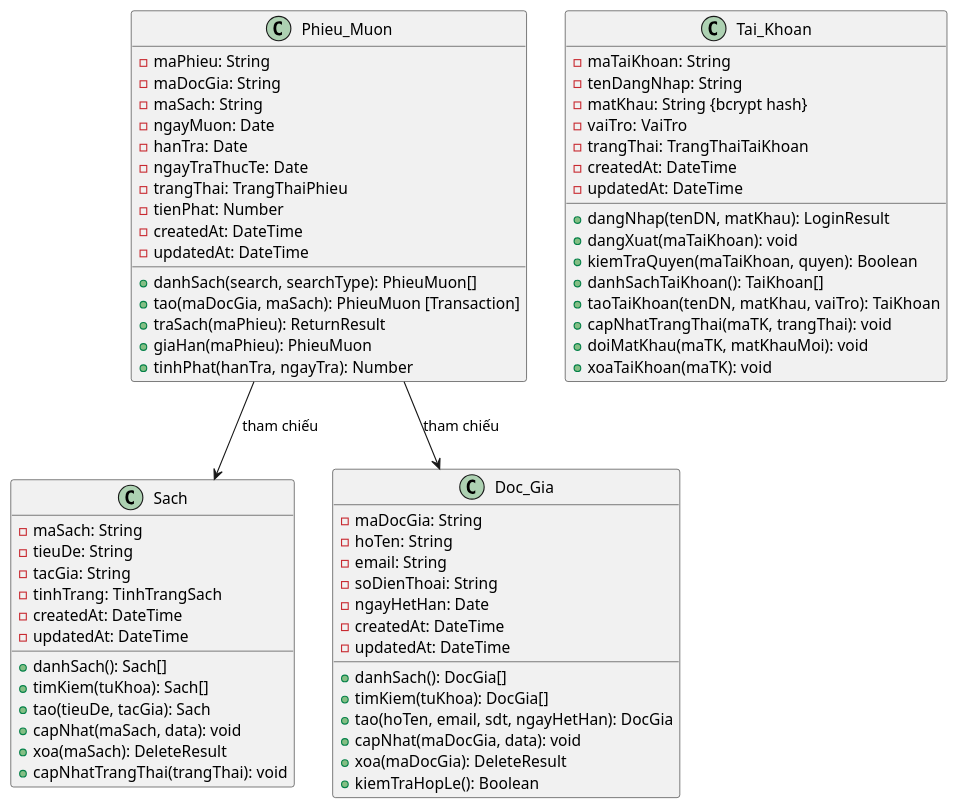
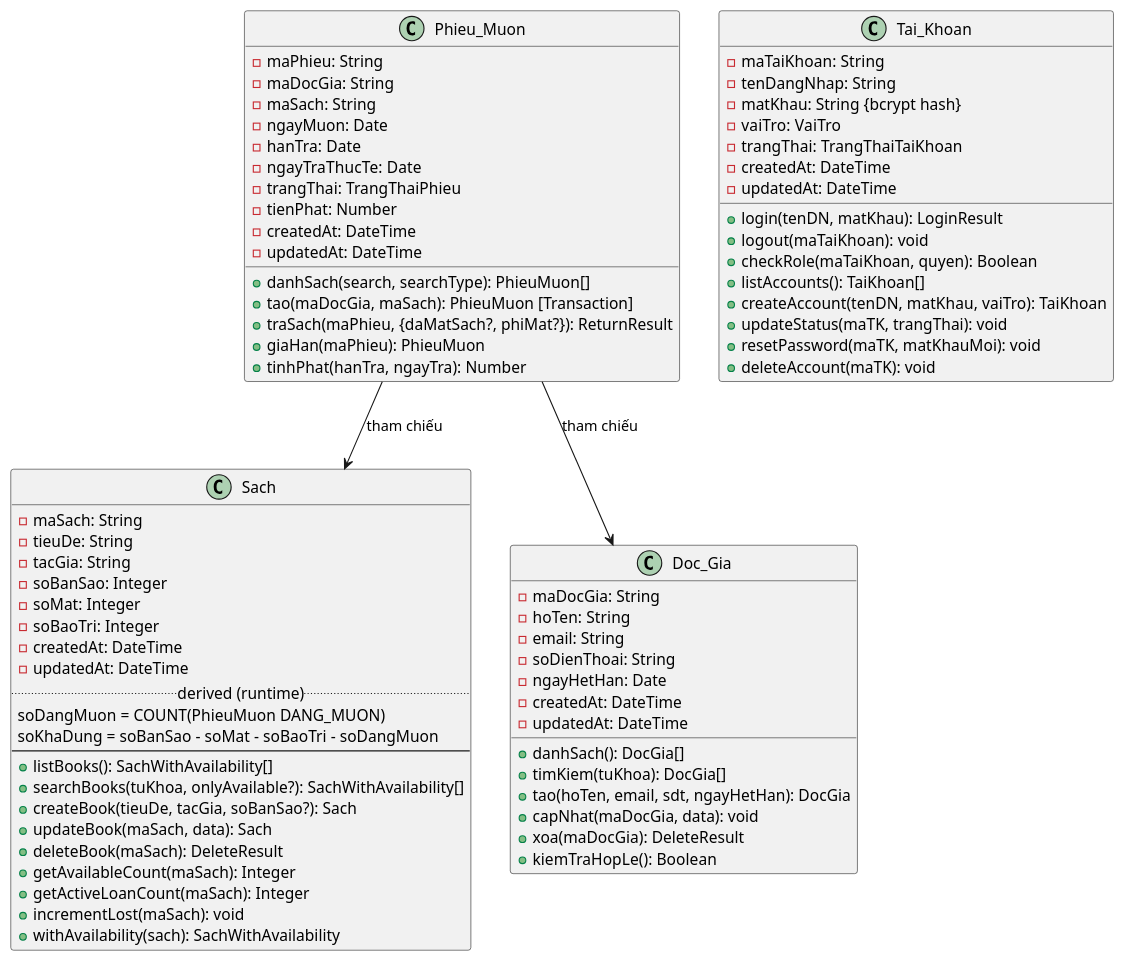
Before and after one commit to NPhamDoan/FULL_QLThuVien: diagram 13 of 18 in .kiro/document/BaoCao_PhanTich_ThietKe_PlantUML.md, drawn with PlantUML. The commit also changed other lines of this file and 37 other files, not shown here.

````diff
--- a/.kiro/document/BaoCao_PhanTich_ThietKe_PlantUML.md
+++ b/.kiro/document/BaoCao_PhanTich_ThietKe_PlantUML.md
@@ -378,73 +412,82 @@
 ```plantuml
 @startuml
 class Sach {
     - maSach: String
     - tieuDe: String
     - tacGia: String
-    - tinhTrang: TinhTrangSach
+    - soBanSao: Integer
+    - soMat: Integer
+    - soBaoTri: Integer
     - createdAt: DateTime
     - updatedAt: DateTime
-    + danhSach(): Sach[]
-    + timKiem(tuKhoa): Sach[]
-    + tao(tieuDe, tacGia): Sach
-    + capNhat(maSach, data): void
-    + xoa(maSach): DeleteResult
-    + capNhatTrangThai(trangThai): void
+    ..derived (runtime)..
+    soDangMuon = COUNT(PhieuMuon DANG_MUON)
+    soKhaDung = soBanSao - soMat - soBaoTri - soDangMuon
+    --
+    + listBooks(): SachWithAvailability[]
+    + searchBooks(tuKhoa, onlyAvailable?): SachWithAvailability[]
+    + createBook(tieuDe, tacGia, soBanSao?): Sach
+    + updateBook(maSach, data): Sach
+    + deleteBook(maSach): DeleteResult
+    + getAvailableCount(maSach): Integer
+    + getActiveLoanCount(maSach): Integer
+    + incrementLost(maSach): void
+    + withAvailability(sach): SachWithAvailability
 }
 
 class Doc_Gia {
     - maDocGia: String
     - hoTen: String
     - email: String
     - soDienThoai: String
     - ngayHetHan: Date
     - createdAt: DateTime
     - updatedAt: DateTime
     + danhSach(): DocGia[]
     + timKiem(tuKhoa): DocGia[]
     + tao(hoTen, email, sdt, ngayHetHan): DocGia
     + capNhat(maDocGia, data): void
     + xoa(maDocGia): DeleteResult
     + kiemTraHopLe(): Boolean
 }
 
 class Phieu_Muon {
     - maPhieu: String
     - maDocGia: String
     - maSach: String
     - ngayMuon: Date
     - hanTra: Date
     - ngayTraThucTe: Date
     - trangThai: TrangThaiPhieu
     - tienPhat: Number
     - createdAt: DateTime
     - updatedAt: DateTime
     + danhSach(search, searchType): PhieuMuon[]
     + tao(maDocGia, maSach): PhieuMuon [Transaction]
-    + traSach(maPhieu): ReturnResult
+    + traSach(maPhieu, {daMatSach?, phiMat?}): ReturnResult
     + giaHan(maPhieu): PhieuMuon
     + tinhPhat(hanTra, ngayTra): Number
 }
 
 class Tai_Khoan {
     - maTaiKhoan: String
     - tenDangNhap: String
     - matKhau: String {bcrypt hash}
     - vaiTro: VaiTro
     - trangThai: TrangThaiTaiKhoan
     - createdAt: DateTime
     - updatedAt: DateTime
-    + dangNhap(tenDN, matKhau): LoginResult
-    + dangXuat(maTaiKhoan): void
-    + kiemTraQuyen(maTaiKhoan, quyen): Boolean
-    + danhSachTaiKhoan(): TaiKhoan[]
-    + taoTaiKhoan(tenDN, matKhau, vaiTro): TaiKhoan
-    + capNhatTrangThai(maTK, trangThai): void
-    + doiMatKhau(maTK, matKhauMoi): void
-    + xoaTaiKhoan(maTK): void
+    + login(tenDN, matKhau): LoginResult
+    + logout(maTaiKhoan): void
+    + checkRole(maTaiKhoan, quyen): Boolean
+    + listAccounts(): TaiKhoan[]
+    + createAccount(tenDN, matKhau, vaiTro): TaiKhoan
+    + updateStatus(maTK, trangThai): void
+    + resetPassword(maTK, matKhauMoi): void
+    + deleteAccount(maTK): void
 }
 
 Phieu_Muon --> Sach : tham chiếu
 Phieu_Muon --> Doc_Gia : tham chiếu
 @enduml
 ```
````
